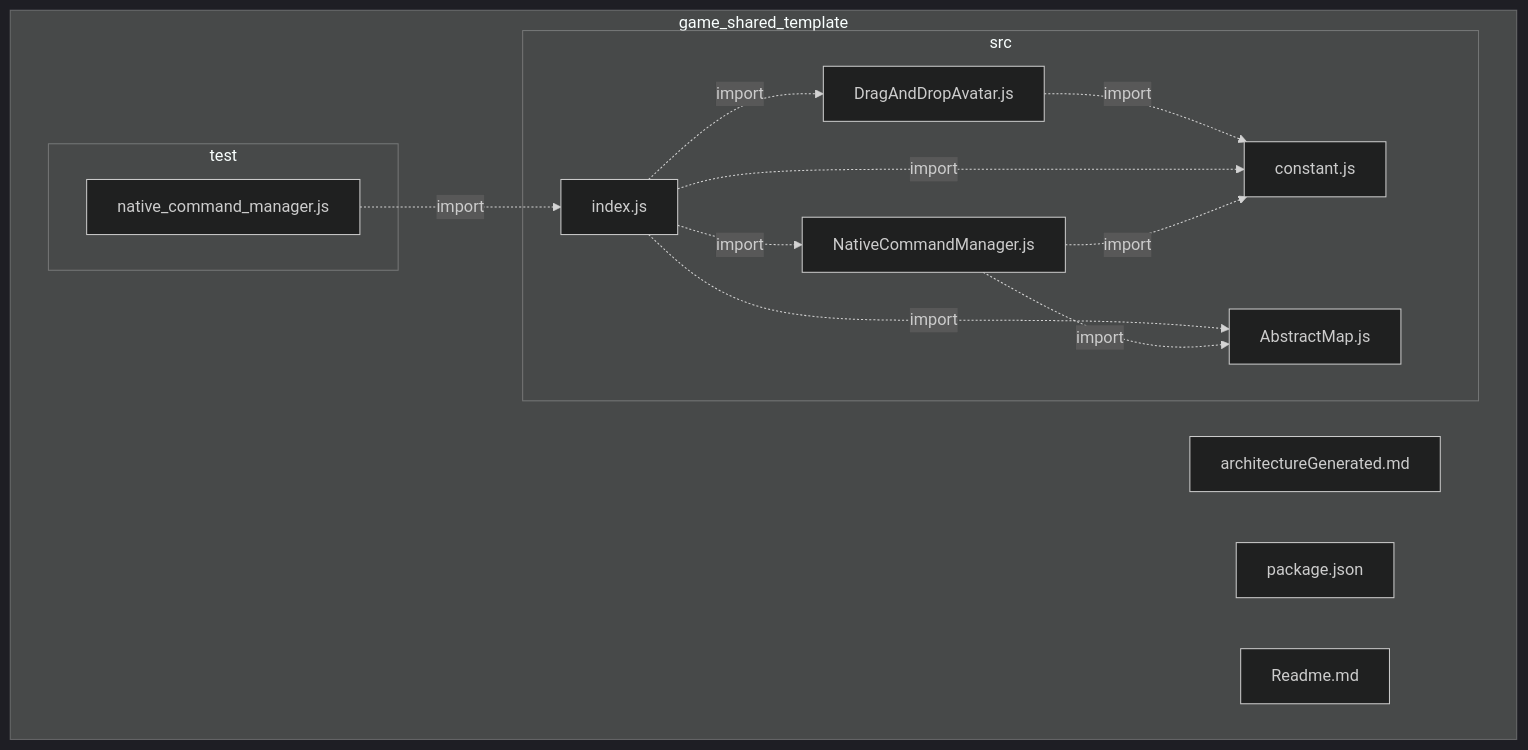
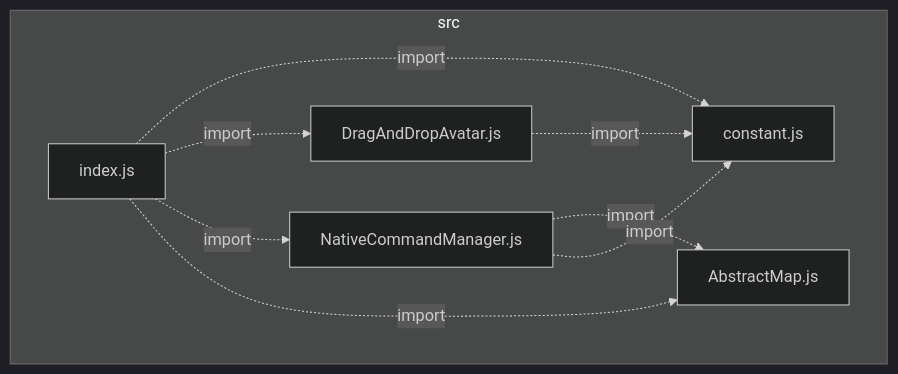
Before and after one commit to VCityTeam/UD-Viz: the diagram in packages/game_shared_template/architectureGenerated.md, drawn with Mermaid (dark theme). The commit also changed 25 other files, not shown here.

Commit message:
update(doc):generate diagrams from *package*/src/

````diff
--- a/packages/game_shared_template/architectureGenerated.md
+++ b/packages/game_shared_template/architectureGenerated.md
@@ -1,26 +1,17 @@
 ```mermaid
 flowchart
- subgraph IDgame5fshared5ftemplate["game_shared_template"]
-  IDgame5fshared5ftemplateArchitectureGenerated2emd["architectureGenerated.md"]
-  IDgame5fshared5ftemplatePackage2ejson["package.json"]
-  IDgame5fshared5ftemplateReadme2emd["Readme.md"]
-  subgraph IDgame5fshared5ftemplateSrc["src"]
-   IDgame5fshared5ftemplateSrcAbstractMap2ejs["AbstractMap.js"]
-   IDgame5fshared5ftemplateSrcConstant2ejs["constant.js"]
-   IDgame5fshared5ftemplateSrcDragAndDropAvatar2ejs["DragAndDropAvatar.js"]
-   IDgame5fshared5ftemplateSrcIndex2ejs["index.js"]
-   IDgame5fshared5ftemplateSrcNativeCommandManager2ejs["NativeCommandManager.js"]
-  end
-  subgraph IDgame5fshared5ftemplateTest["test"]
-   IDgame5fshared5ftemplateTestNative5fcommand5fmanager2ejs["native_command_manager.js"]
-  end
+ subgraph IDsrc["src"]
+  IDsrcAbstractMap2ejs["AbstractMap.js"]
+  IDsrcConstant2ejs["constant.js"]
+  IDsrcDragAndDropAvatar2ejs["DragAndDropAvatar.js"]
+  IDsrcIndex2ejs["index.js"]
+  IDsrcNativeCommandManager2ejs["NativeCommandManager.js"]
  end
-IDgame5fshared5ftemplateSrcDragAndDropAvatar2ejs-.->|import|IDgame5fshared5ftemplateSrcConstant2ejs
-IDgame5fshared5ftemplateSrcIndex2ejs-.->|import|IDgame5fshared5ftemplateSrcConstant2ejs
-IDgame5fshared5ftemplateSrcIndex2ejs-.->|import|IDgame5fshared5ftemplateSrcDragAndDropAvatar2ejs
-IDgame5fshared5ftemplateSrcIndex2ejs-.->|import|IDgame5fshared5ftemplateSrcNativeCommandManager2ejs
-IDgame5fshared5ftemplateSrcIndex2ejs-.->|import|IDgame5fshared5ftemplateSrcAbstractMap2ejs
-IDgame5fshared5ftemplateSrcNativeCommandManager2ejs-.->|import|IDgame5fshared5ftemplateSrcAbstractMap2ejs
-IDgame5fshared5ftemplateSrcNativeCommandManager2ejs-.->|import|IDgame5fshared5ftemplateSrcConstant2ejs
-IDgame5fshared5ftemplateTestNative5fcommand5fmanager2ejs-.->|import|IDgame5fshared5ftemplateSrcIndex2ejs
+IDsrcDragAndDropAvatar2ejs-.->|import|IDsrcConstant2ejs
+IDsrcIndex2ejs-.->|import|IDsrcConstant2ejs
+IDsrcIndex2ejs-.->|import|IDsrcDragAndDropAvatar2ejs
+IDsrcIndex2ejs-.->|import|IDsrcNativeCommandManager2ejs
+IDsrcIndex2ejs-.->|import|IDsrcAbstractMap2ejs
+IDsrcNativeCommandManager2ejs-.->|import|IDsrcAbstractMap2ejs
+IDsrcNativeCommandManager2ejs-.->|import|IDsrcConstant2ejs
 ```
````
